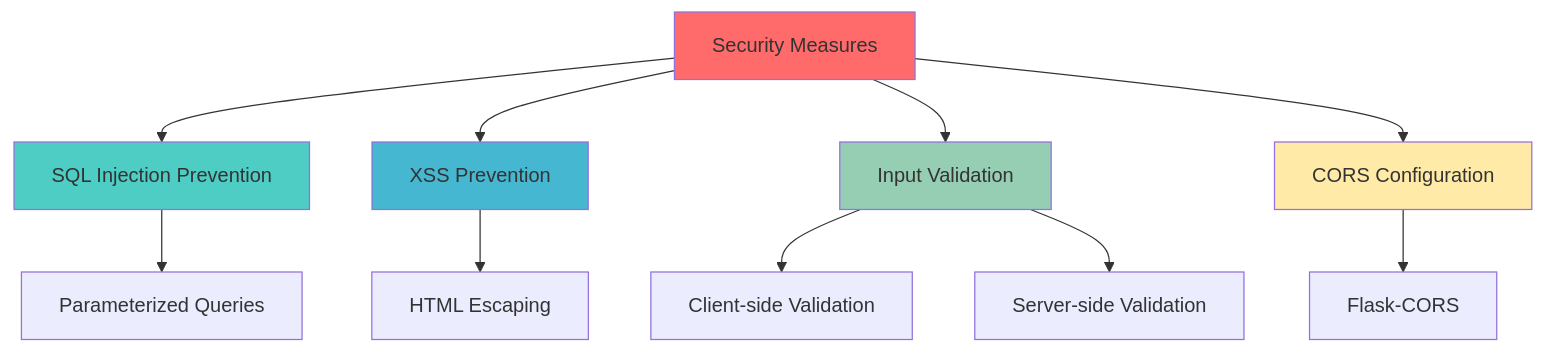
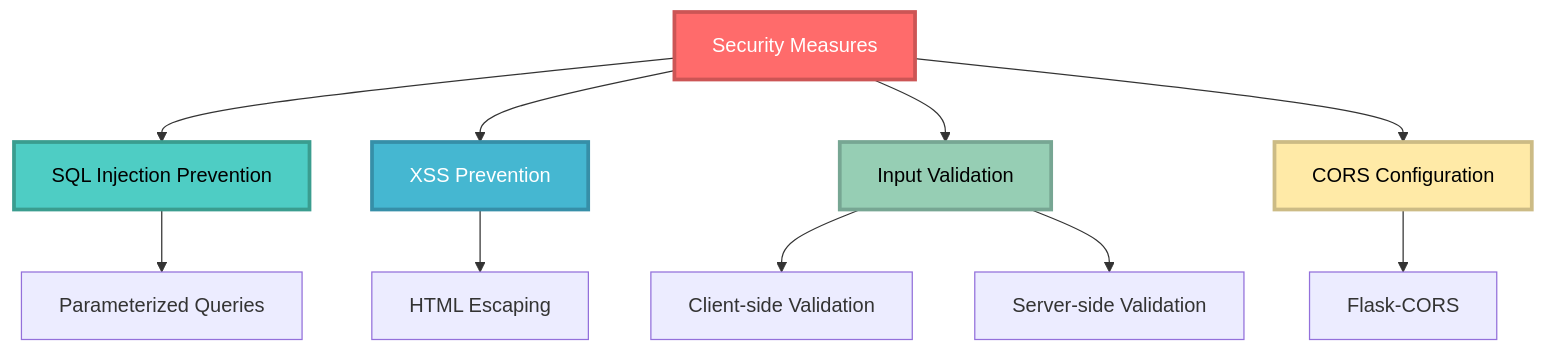
One commit to SairajJadhav08/MEDLOCUS---Precision-Care-Through-Smart-Management changed diagram 11 of 12 in README.md. Above: the diagram before and after it, drawn with Mermaid. The commit also changed other lines of this file, not shown here.

Commit message:
Update README: Fix GitHub rendering, improve logo layout, enhance mermaid diagrams

````diff
--- a/README.md
+++ b/README.md
@@ -916,19 +713,19 @@
 ```mermaid
 graph TD
-    A[Security Measures] --> B[SQL Injection Prevention]
-    A --> C[XSS Prevention]
-    A --> D[Input Validation]
-    A --> E[CORS Configuration]
+    A["Security Measures"] --> B["SQL Injection Prevention"]
+    A --> C["XSS Prevention"]
+    A --> D["Input Validation"]
+    A --> E["CORS Configuration"]
     
-    B --> B1[Parameterized Queries]
-    C --> C1[HTML Escaping]
-    D --> D1[Client-side Validation]
-    D --> D2[Server-side Validation]
-    E --> E1[Flask-CORS]
+    B --> B1["Parameterized Queries"]
+    C --> C1["HTML Escaping"]
+    D --> D1["Client-side Validation"]
+    D --> D2["Server-side Validation"]
+    E --> E1["Flask-CORS"]
     
-    style A fill:#FF6B6B
-    style B fill:#4ECDC4
-    style C fill:#45B7D1
-    style D fill:#96CEB4
-    style E fill:#FFEAA7
+    style A fill:#FF6B6B,stroke:#CC5555,stroke-width:3px,color:#FFFFFF
+    style B fill:#4ECDC4,stroke:#3A9D8F,stroke-width:3px,color:#000000
+    style C fill:#45B7D1,stroke:#368FA8,stroke-width:3px,color:#FFFFFF
+    style D fill:#96CEB4,stroke:#77A693,stroke-width:3px,color:#000000
+    style E fill:#FFEAA7,stroke:#CCBB85,stroke-width:3px,color:#000000
 ```
````
